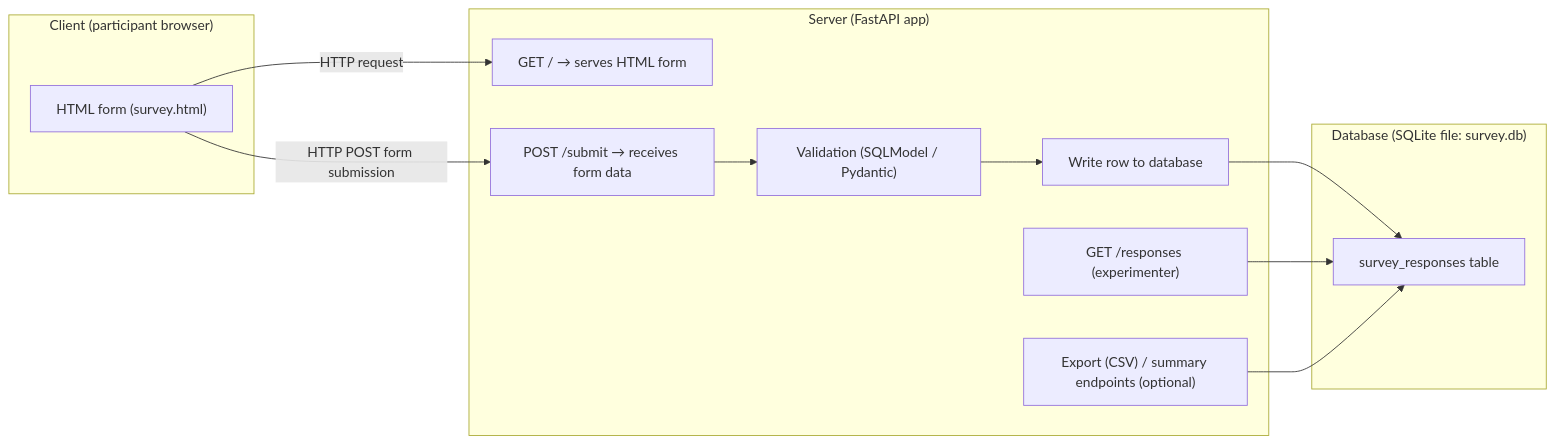
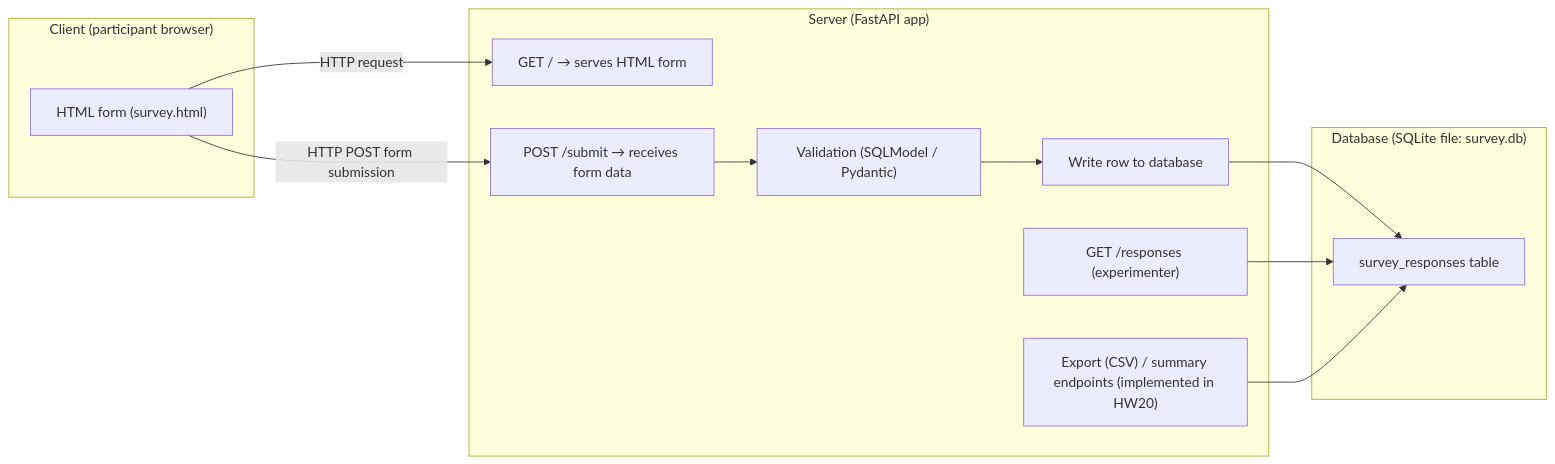
One commit to stefanuddenberg/python_for_bcs changed the diagram in ebook/CH20/20.0. Web Programming.md. Above: the diagram before and after it, drawn with Mermaid. The commit also changed other lines of this file, not shown here.

````diff
--- a/ebook/CH20/20.0. Web Programming.md
+++ b/ebook/CH20/20.0. Web Programming.md
@@ -37,26 +38,26 @@
 ```mermaid
 flowchart LR
   subgraph Client["Client (participant browser)"]
     UI["HTML form (survey.html)"]
   end
 
   subgraph Server["Server (FastAPI app)"]
     R1["GET /  → serves HTML form"]
     R2["POST /submit → receives form data"]
     V["Validation (SQLModel / Pydantic)"]
     DBW["Write row to database"]
     R3["GET /responses (experimenter)"]
-    EXP["Export (CSV) / summary endpoints (optional)"]
+    EXP["Export (CSV) / summary endpoints (implemented in HW20)"]
   end
 
   subgraph DB["Database (SQLite file: survey.db)"]
     T["survey_responses table"]
   end
 
   UI -->|HTTP request| R1
   UI -->|HTTP POST form submission| R2
   R2 --> V
   V --> DBW --> T
   R3 --> T
   EXP --> T
 ```
````
